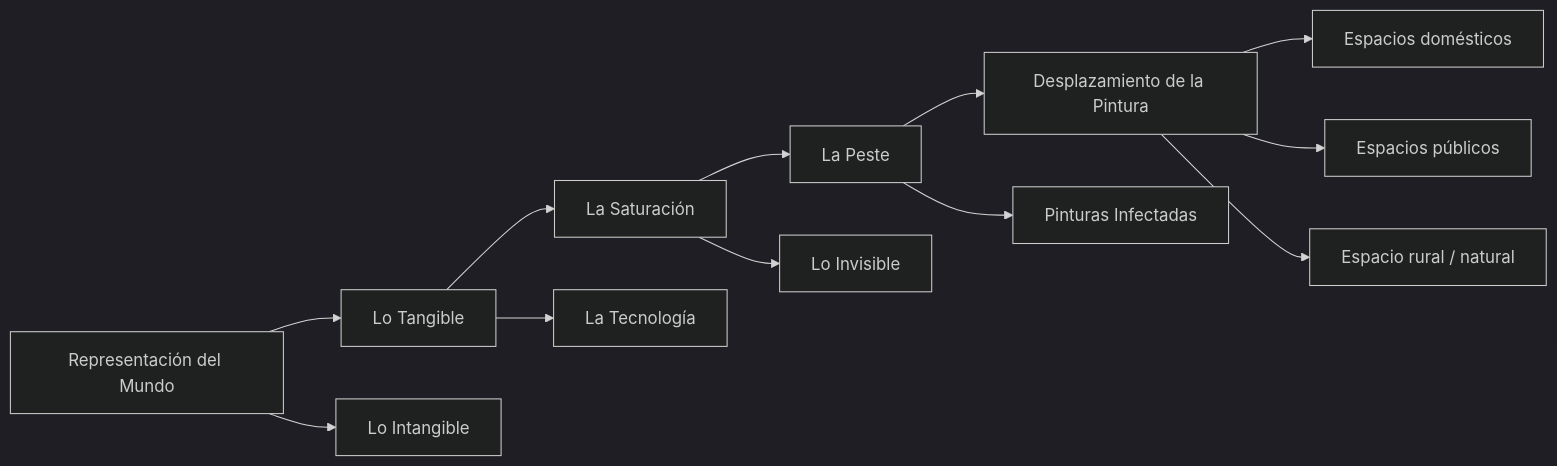
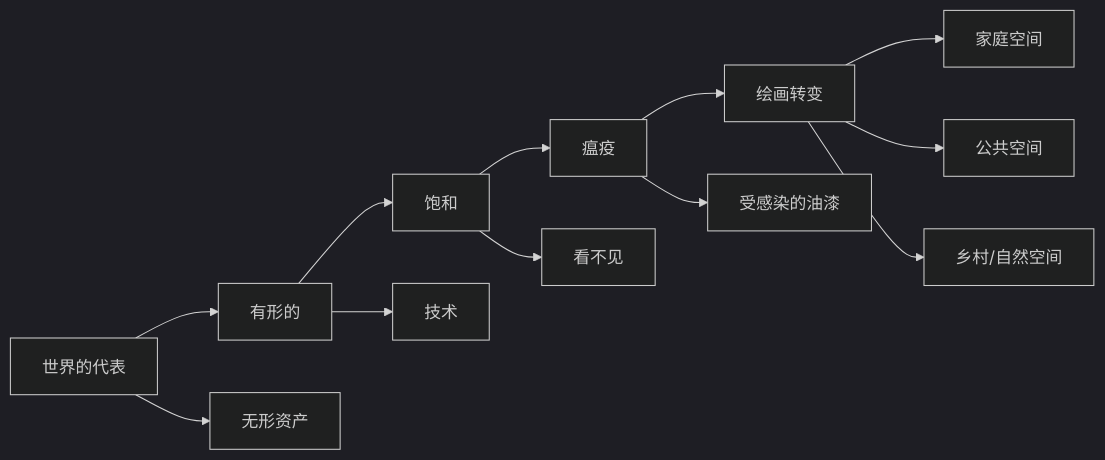
Before and after one commit to EGGS-Artesvisuales/EGGS-Artesvisuales.github.io: the diagram in CHN/espacio-rural.md, drawn with Mermaid (dark theme). The commit also changed other lines of this file and 43 other files, not shown here.

```diff
--- a/CHN/espacio-rural.md
+++ b/CHN/espacio-rural.md
@@ -56,34 +56,34 @@
 <div class="mermaid">
 graph LR
-  A[Representación del Mundo] --> A1[Lo Tangible]
-  A --> A2[Lo Intangible]
+  A[世界的代表] --> A1[有形的]
+  A --> A2[无形资产]
 
-  A1 --> A1a[La Saturación]
-  A1 --> A1b[La Tecnología]
+  A1 --> A1a[饱和]
+  A1 --> A1b[技术]
 
-  A1a --> A1a1[La Peste]
-  A1a --> A1a2[Lo Invisible]
+  A1a --> A1a1[瘟疫]
+  A1a --> A1a2[看不见]
 
-  A1a1 --> A1a1b[Desplazamiento de la Pintura]
-  A1a1 --> A1a1c[Pinturas Infectadas]
+  A1a1 --> A1a1b[绘画转变]
+  A1a1 --> A1a1c[受感染的油漆]
 
-  A1a1b --> D1[Espacios domésticos]
-  A1a1b --> D2[Espacios públicos]
-  A1a1b --> D3[Espacio rural / natural]
+  A1a1b --> D1[家庭空间]
+  A1a1b --> D2[公共空间]
+  A1a1b --> D3[乡村/自然空间]
 
-  click A "/CHN/mundo-exterior" "Ir a Representación del Mundo"
-  click A1 "/CHN/tangible" "Ir a Lo Tangible"
-  click A2 "/CHN/intangible" "Ir a Lo Intangible"
+  click A "/CHN/mundo-exterior" "前往世界代表"
+  click A1 "/CHN/tangible" "走向有形"
+  click A2 "/CHN/intangible" "走向无形"
 
-  click A1a "/CHN/saturacion" "Ir a La Saturación"
-  click A1b "/CHN/en-construccion" "Ir a La Tecnología"
-  click A1a1 "/CHN/la-peste" "Ir a La Peste"
-  click A1a2 "/CHN/lo-invisible" "Ir a Lo Invisible"
+  click A1a "/CHN/saturacion" "转到饱和度"
+  click A1b "/CHN/en-construccion" "前往技术"
+  click A1a1 "/CHN/la-peste" "前往瘟疫"
+  click A1a2 "/CHN/lo-invisible" "前往看不见的地方"
 
-  click A1a1c "/CHN/peste-pinturas-infectadas" "Ir a Pinturas Infectadas"
-  click A1a1b "/CHN/desplazamiento-pintura" "Ir a Desplazamiento de la Pintura"
+  click A1a1c "/CHN/peste-pinturas-infectadas" "前往受感染的画作"
+  click A1a1b "/CHN/desplazamiento-pintura" "转到绘画变换"
 
-  click D1 "/CHN/espacio-domestico.html" "Ir a Espacios domésticos"
-  click D2 "/CHN/espacio-publico.html" "Ir a Espacios públicos"
-  click D3 "/CHN/espacio-rural.html" "Ir a Espacio rural / natural"
+  click D1 "/CHN/espacio-domestico.html" "前往国内空间"
+  click D2 "/CHN/espacio-publico.html" "前往公共场所"
+  click D3 "/CHN/espacio-rural.html" "前往乡村/自然空间"
 </div>
```
